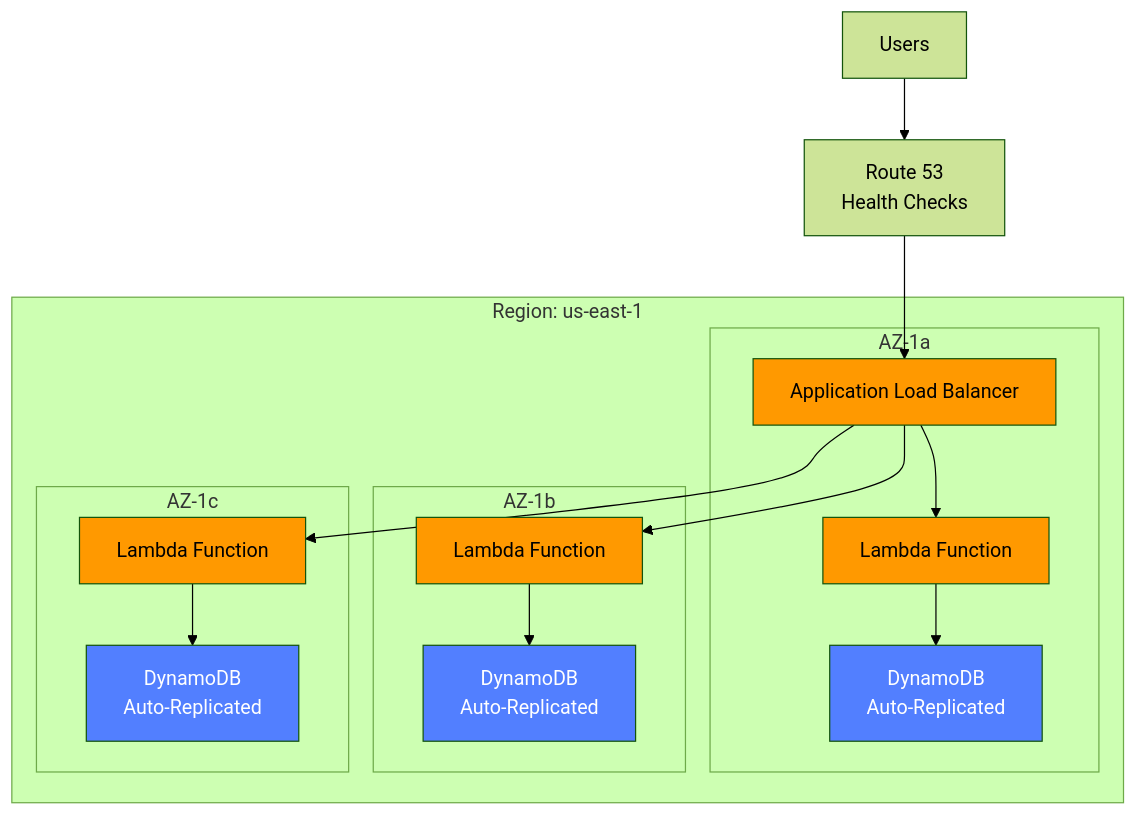
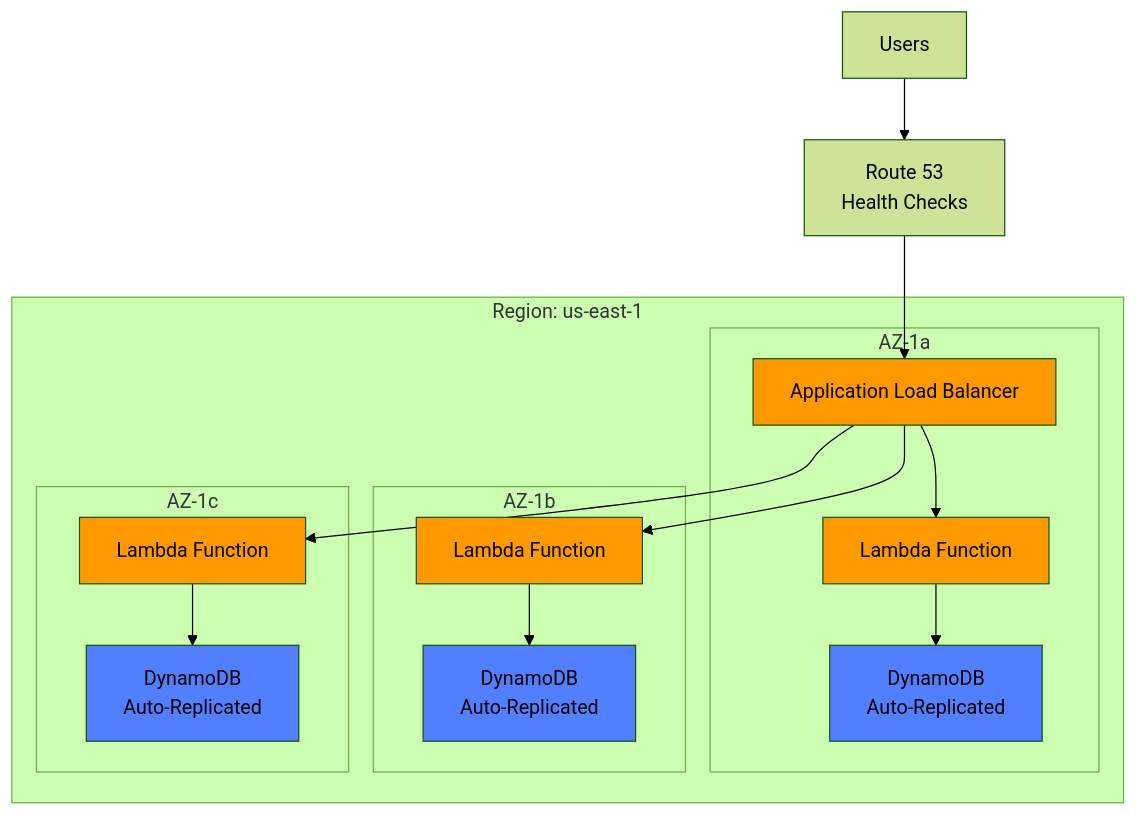
Before and after one commit to Hack23/European-Parliament-MCP-Server: the diagram in docs/api-markdown/_media/skills/aws-security-architecture/SKILL.md, drawn with Mermaid (forest theme). The commit also changed 1829 other files, not shown here.

````diff
--- a/docs/api-markdown/_media/skills/aws-security-architecture/SKILL.md
+++ b/docs/api-markdown/_media/skills/aws-security-architecture/SKILL.md
@@ -242,45 +242,38 @@
 ```mermaid
 graph TB
     subgraph "Region: us-east-1"
         subgraph "AZ-1a"
             ALB1[Application Load Balancer]
             Lambda1a[Lambda Function]
             DDB1a[DynamoDB<br/>Auto-Replicated]
         end
         
         subgraph "AZ-1b"
             Lambda1b[Lambda Function]
             DDB1b[DynamoDB<br/>Auto-Replicated]
         end
         
         subgraph "AZ-1c"
             Lambda1c[Lambda Function]
             DDB1c[DynamoDB<br/>Auto-Replicated]
         end
     end
     
     User[Users] --> R53[Route 53<br/>Health Checks]
     R53 --> ALB1
     ALB1 --> Lambda1a
     ALB1 --> Lambda1b
     ALB1 --> Lambda1c
     
     Lambda1a --> DDB1a
     Lambda1b --> DDB1b
     Lambda1c --> DDB1c
     
-    style ALB1 fill:#ff9900,color:#000000
-
-    style Lambda1a fill:#ff9900,color:#000000
-
-    style Lambda1b fill:#ff9900,color:#000000
-
-    style Lambda1c fill:#ff9900,color:#000000
-
-    style DDB1a fill:#527fff,color:#ffffff
-
-    style DDB1b fill:#527fff,color:#ffffff
-
-    style DDB1c fill:#527fff,color:#ffffff
-
+    style ALB1 fill:#ff9900
+    style Lambda1a fill:#ff9900
+    style Lambda1b fill:#ff9900
+    style Lambda1c fill:#ff9900
+    style DDB1a fill:#527fff
+    style DDB1b fill:#527fff
+    style DDB1c fill:#527fff
 ```
````
